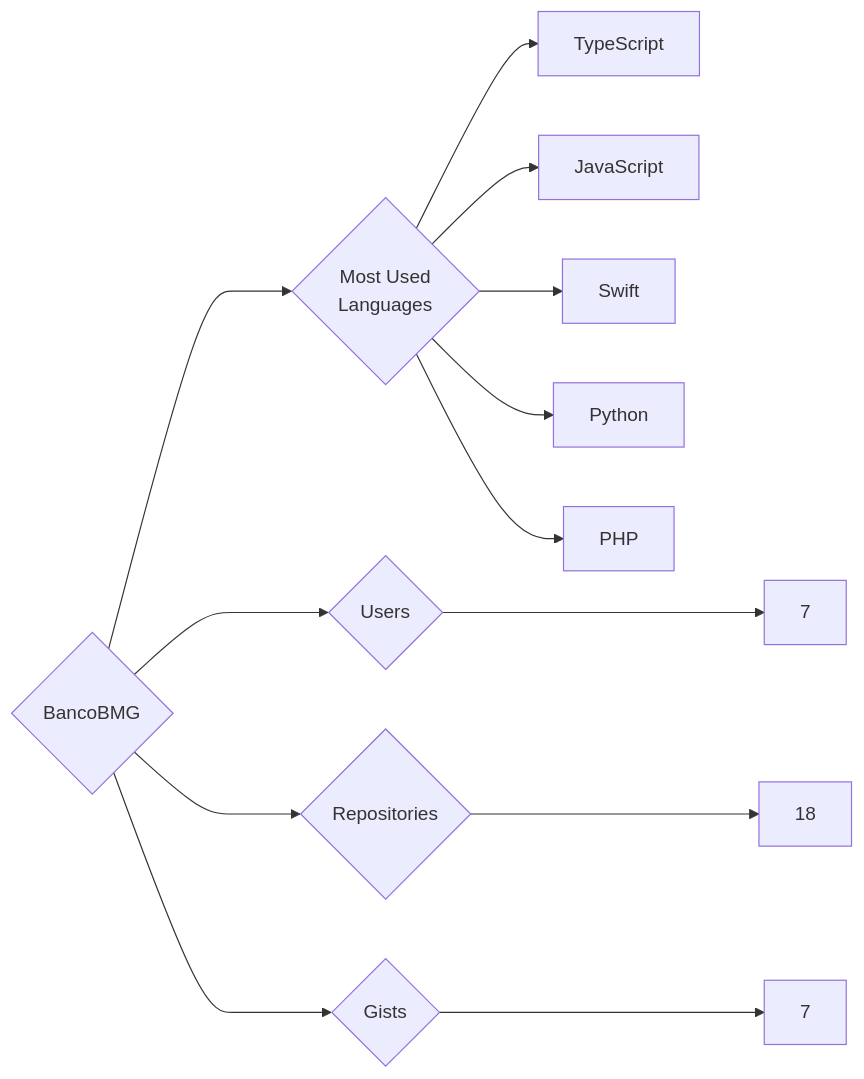
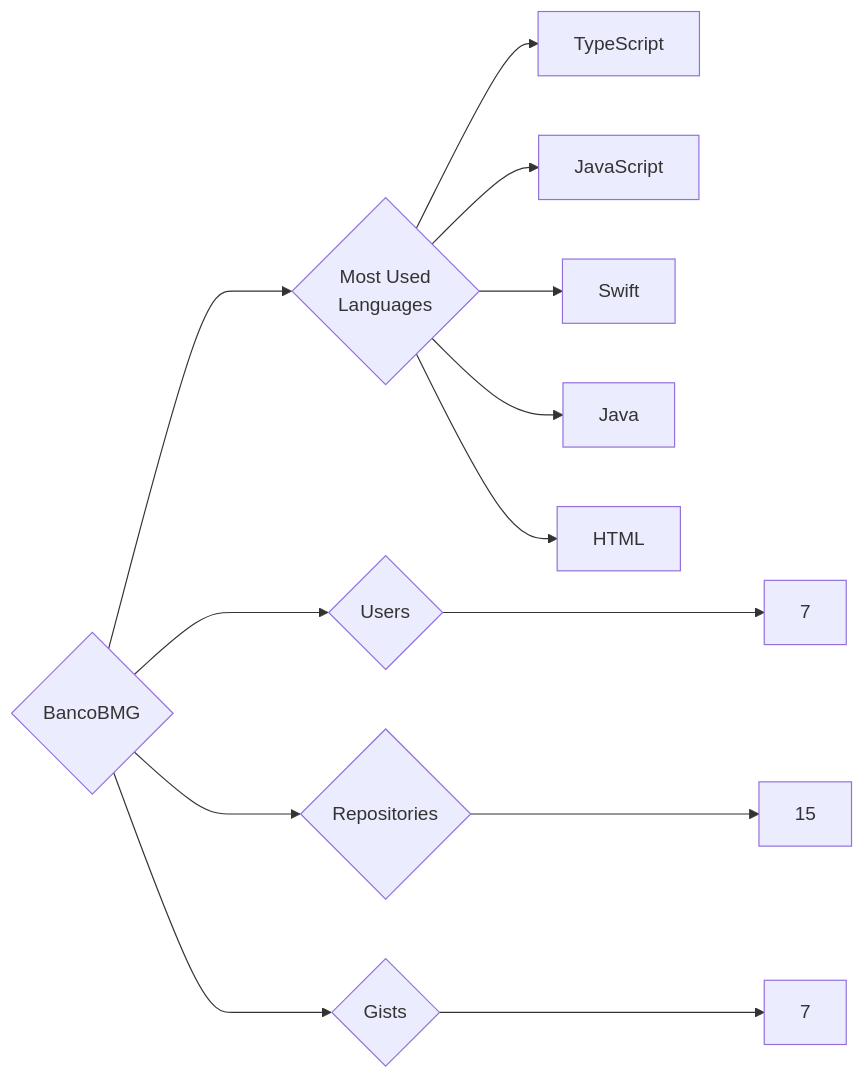
The diagram in targets/BancoBMG/README.md (trickest/insiders), drawn with Mermaid before and after one commit. The commit also changed 1120 other files, not shown here.

````diff
--- a/targets/BancoBMG/README.md
+++ b/targets/BancoBMG/README.md
@@ -3,13 +3,13 @@
 ```mermaid
 graph LR
 COMPANY_NAME{BancoBMG}
 COMPANY_NAME ---> U{Users} ---> UN[7]
-COMPANY_NAME ---> R{Repositories} ---> RN[18]
+COMPANY_NAME ---> R{Repositories} ---> RN[15]
 COMPANY_NAME ---> G{Gists} ---> GN[7]
 COMPANY_NAME ---> ML{Most Used<br>Languages}
 ML --> TypeScript[TypeScript]
 ML --> JavaScript[JavaScript]
 ML --> Swift[Swift]
-ML --> Python[Python]
-ML --> PHP[PHP]
+ML --> Java[Java]
+ML --> HTML[HTML]
 ```
````
